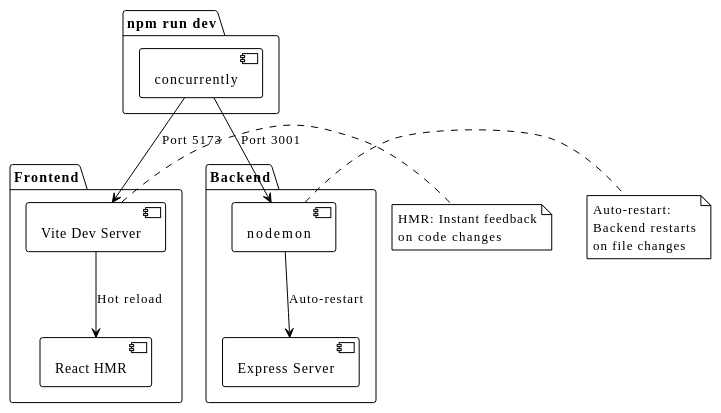
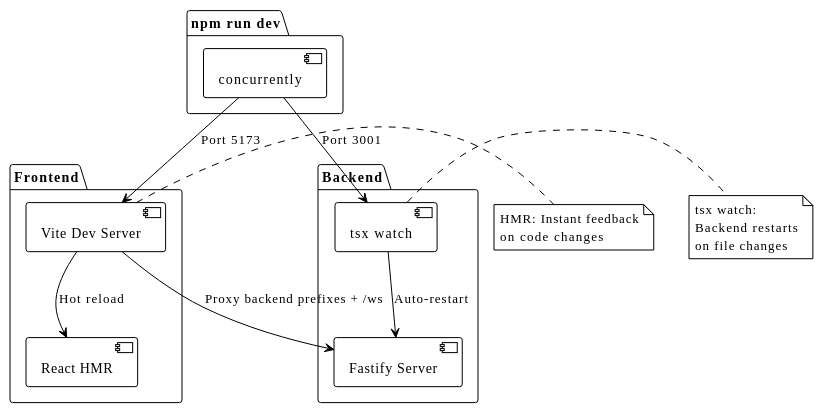
Before and after one commit to EraPartner/Watchman: the second of 2 diagrams in docs/guides/setup.md, drawn with PlantUML. The commit also changed other lines of this file and 32 other files, not shown here.

````diff
--- a/docs/guides/setup.md
+++ b/docs/guides/setup.md
@@ -203,36 +196,37 @@
 ```plantuml
 @startuml
 !theme plain
 
 package "npm run dev" {
     [concurrently] as Conc
 }
 
 package "Frontend" {
     [Vite Dev Server] as Vite
     [React HMR] as HMR
 }
 
 package "Backend" {
-    [nodemon] as Nodemon
-    [Express Server] as Express
+    [tsx watch] as Watch
+    [Fastify Server] as Fastify
 }
 
 Conc --> Vite : Port 5173
-Conc --> Nodemon : Port 3001
+Conc --> Watch : Port 3001
 
 Vite --> HMR : Hot reload
-Nodemon --> Express : Auto-restart
+Vite --> Fastify : Proxy backend prefixes + /ws
+Watch --> Fastify : Auto-restart
 
 note right of Vite
   HMR: Instant feedback
   on code changes
 end note
 
-note right of Nodemon
-  Auto-restart:
+note right of Watch
+  tsx watch:
   Backend restarts
   on file changes
 end note
 @enduml
 ```
````
